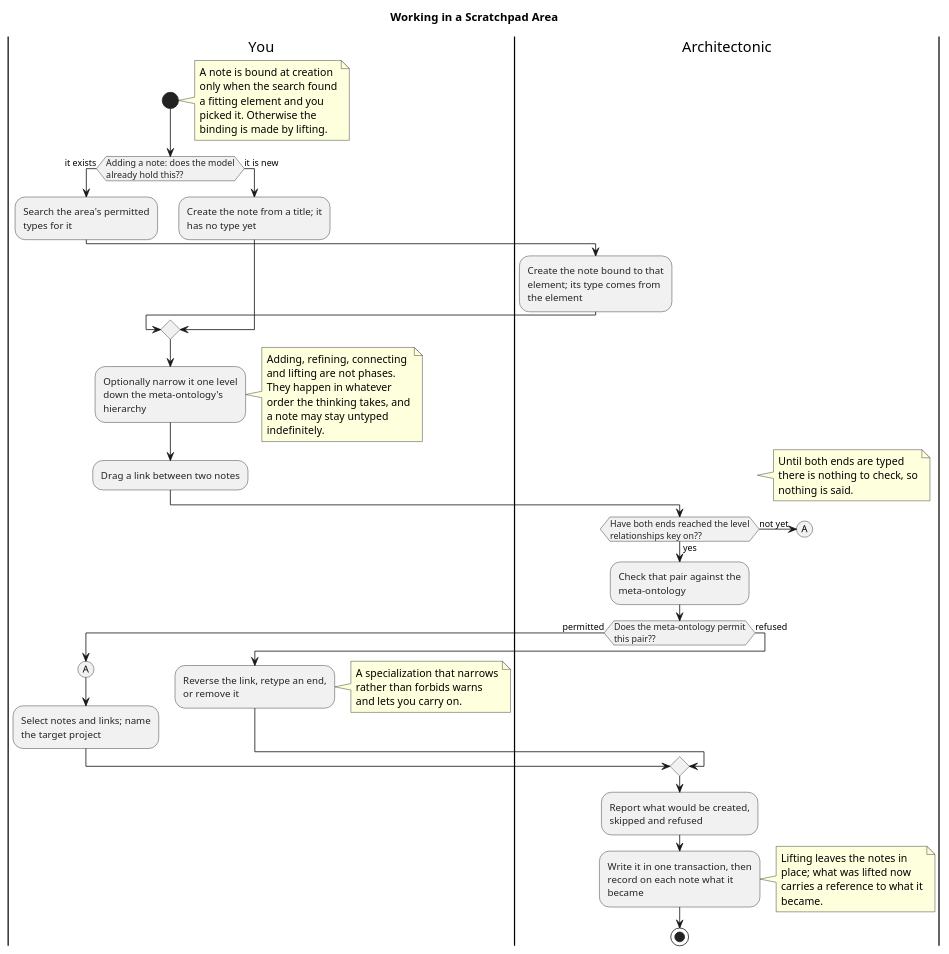
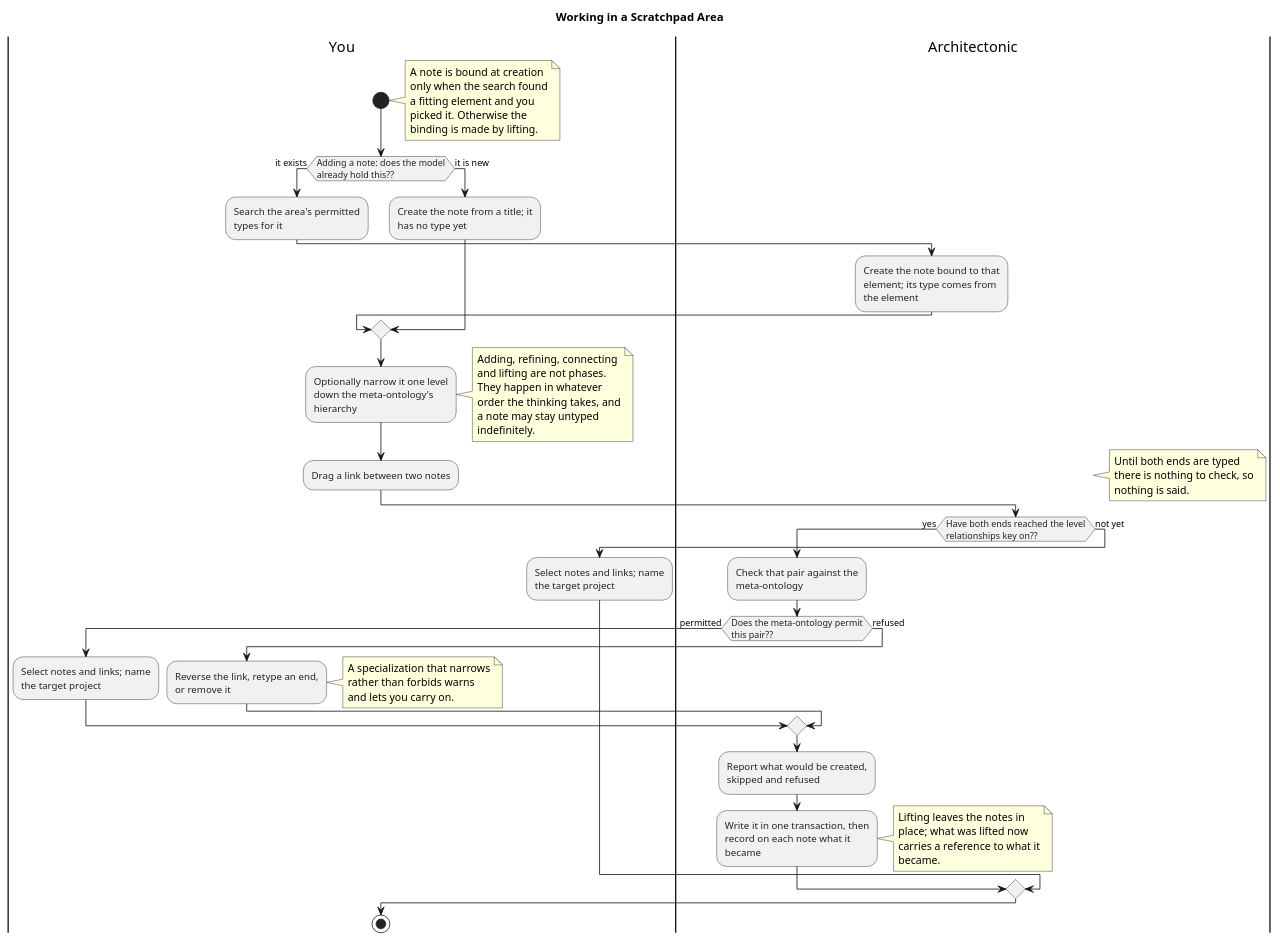
One commit to mbauer83/architectonic changed the diagram in engagements/ENG-ARCH-REPO/architecture-repository/diagram-catalog/diagrams/platform-core/ACT@1786234873.w_H9LsR.working-in-a-scratchpad-area.puml. Above: the diagram before and after it, drawn with PlantUML. The commit also changed other lines of this file and 7 other files, not shown here.

```diff
--- a/engagements/ENG-ARCH-REPO/architecture-repository/diagram-catalog/diagrams/platform-core/ACT@1786234873.w_H9LsR.working-in-a-scratchpad-area.puml
+++ b/engagements/ENG-ARCH-REPO/architecture-repository/diagram-catalog/diagrams/platform-core/ACT@1786234873.w_H9LsR.working-in-a-scratchpad-area.puml
@@ -261,45 +261,44 @@
 @startuml working-in-a-scratchpad-area
 skinparam hyperlinkColor #252327
 skinparam hyperlinkUnderline false
 skinparam wrapWidth 180
 skinparam maxMessageSize 180
 title Working in a Scratchpad Area
 
 |You|
 start
 
 note right: A note is bound at creation only when the search found a fitting element and you picked it. Otherwise the binding is made by lifting.
 if ([[arch://d_exists Adding a note: does the model already hold this??]]) then (it exists)
 :[[arch://a_search Search the area's permitted types for it]];
 |Architectonic|
 :[[arch://a_bind Create the note bound to that element; its type comes from the element]];
 else (it is new)
 |You|
 :[[arch://a_title Create the note from a title; it has no type yet]];
 endif
 :[[arch://a_narrow Optionally narrow it one level down the meta-ontology's hierarchy]];
 note right: Adding, refining, connecting and lifting are not phases. They happen in whatever order the thinking takes, and a note may stay untyped indefinitely.
 :[[arch://a_draw Drag a link between two notes]];
 |Architectonic|
 note right: Until both ends are typed there is nothing to check, so nothing is said.
 if ([[arch://d_keyed Have both ends reached the level relationships key on??]]) then (yes)
 :[[arch://a_verify Check that pair against the meta-ontology]];
 if ([[arch://d_ok Does the meta-ontology permit this pair??]]) then (permitted)
 |You|
-(A)
 :[[arch://a_select Select notes and links; name the target project]];
 else (refused)
 :[[arch://a_remedy Reverse the link, retype an end, or remove it]];
 note right: A specialization that narrows rather than forbids warns and lets you carry on.
 endif
 |Architectonic|
 :[[arch://a_preflight Report what would be created, skipped and refused]];
 :[[arch://a_write Write it in one transaction, then record on each note what it became]];
 note right: Lifting leaves the notes in place; what was lifted now carries a reference to what it became.
 else (not yet)
-(A)
-detach
+|You|
+:[[arch://a_select Select notes and links; name the target project]];
 endif
 
 stop
 @enduml
```
